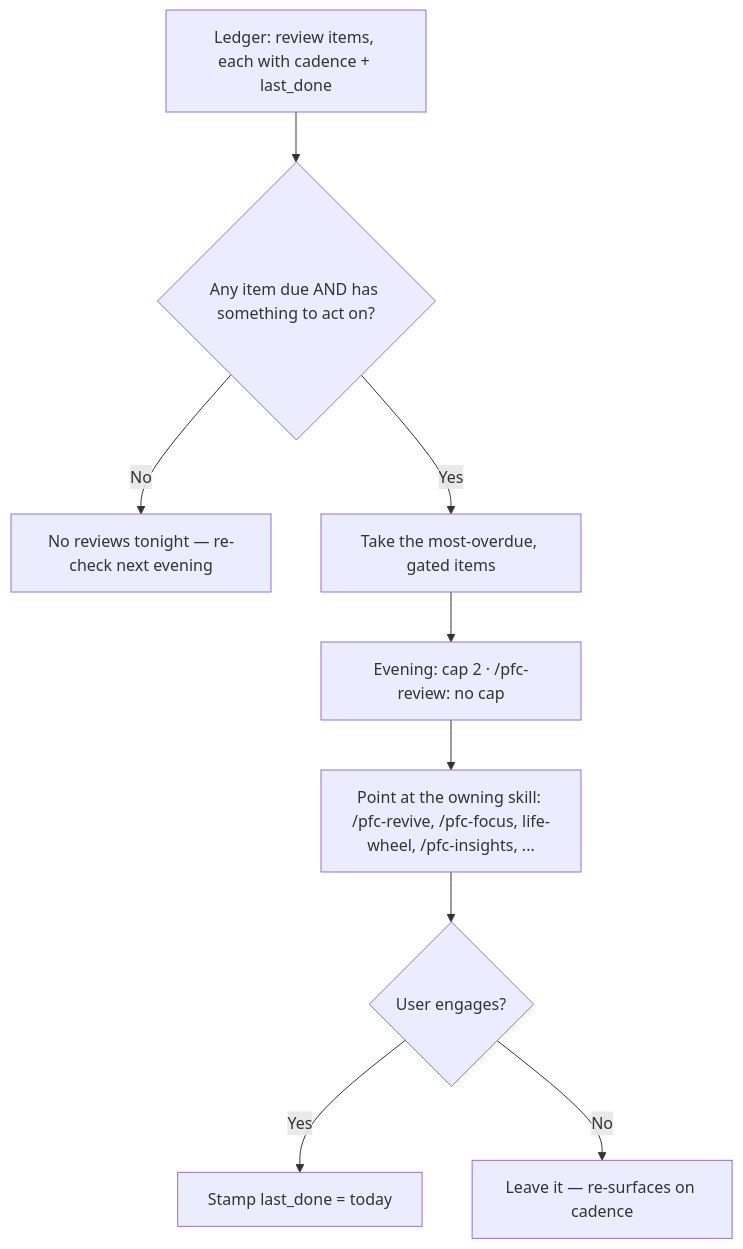
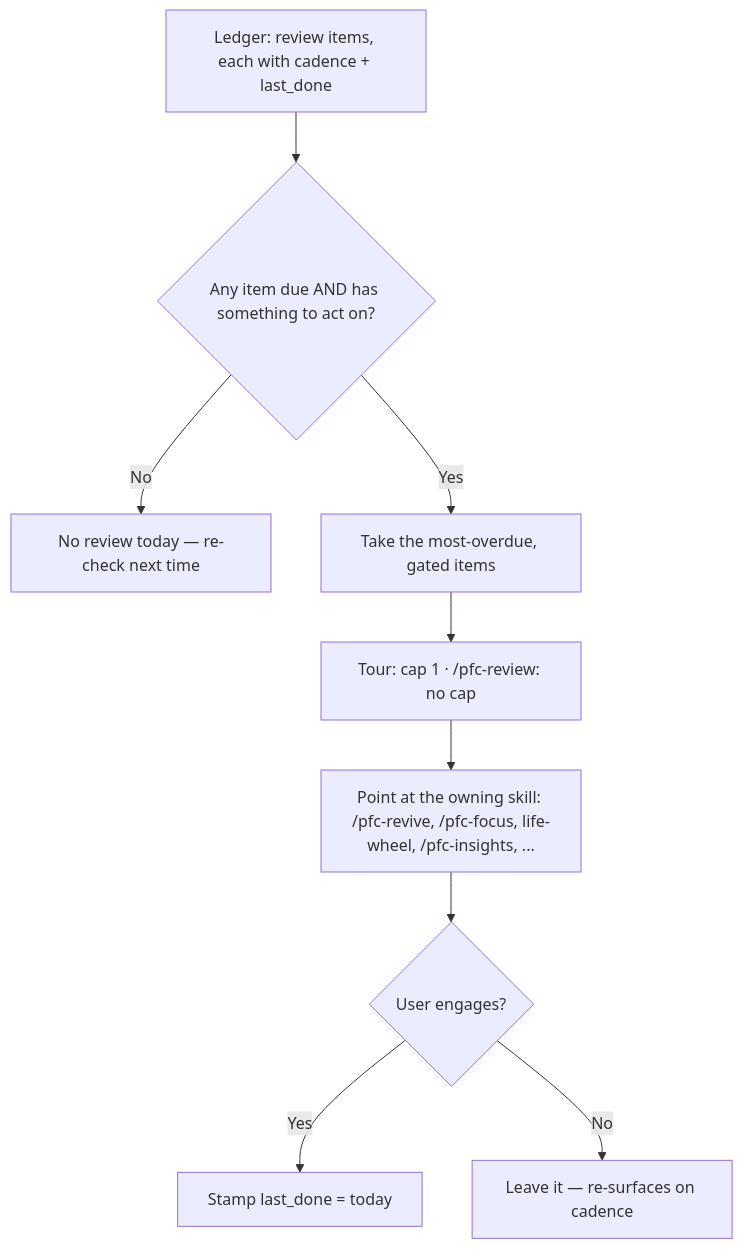
One commit to Jikodis/my-pfc changed the third of 4 diagrams in docs/workflows.md. Above: the diagram before and after it, drawn with Mermaid. The commit also changed other lines of this file and 377 other files, not shown here.

````diff
--- a/docs/workflows.md
+++ b/docs/workflows.md
@@ -35,11 +37,11 @@
 ```mermaid
 flowchart TD
     A[Ledger: review items, each with cadence + last_done] --> B{Any item due AND has something to act on?}
-    B -->|No| C[No reviews tonight — re-check next evening]
+    B -->|No| C[No review today — re-check next time]
     B -->|Yes| D[Take the most-overdue, gated items]
-    D --> E[Evening: cap 2 · /pfc-review: no cap]
+    D --> E[Tour: cap 1 · /pfc-review: no cap]
     E --> F[Point at the owning skill: /pfc-revive, /pfc-focus, life-wheel, /pfc-insights, ...]
     F --> G{User engages?}
     G -->|Yes| H[Stamp last_done = today]
     G -->|No| I[Leave it — re-surfaces on cadence]
 ```
````
